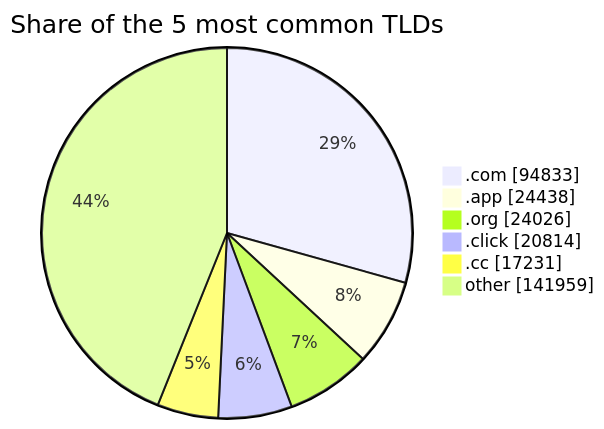
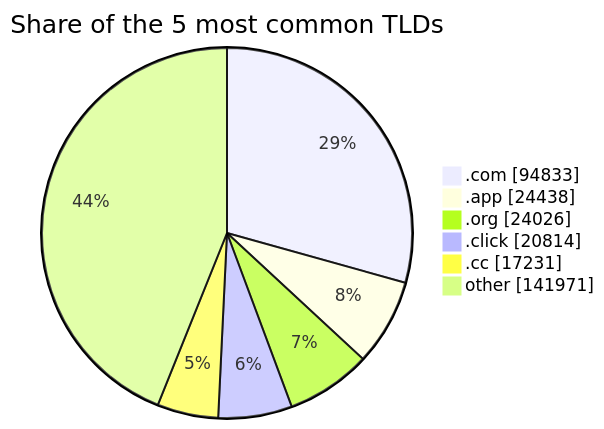
Before and after one commit to DNSBunker/CTI: the third of 3 diagrams in README.md, drawn with Mermaid. The commit also changed other lines of this file and 4 other files, not shown here.

````diff
--- a/README.md
+++ b/README.md
@@ -81,9 +81,9 @@
 ```mermaid
 pie showData title Share of the 5 most common TLDs
     ".com" : 94833
     ".app" : 24438
     ".org" : 24026
     ".click" : 20814
     ".cc" : 17231
-    "other" : 141959
+    "other" : 141971
 ```
````
